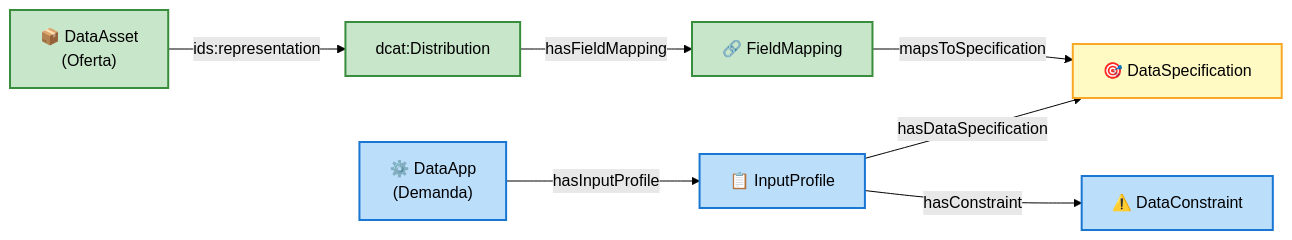
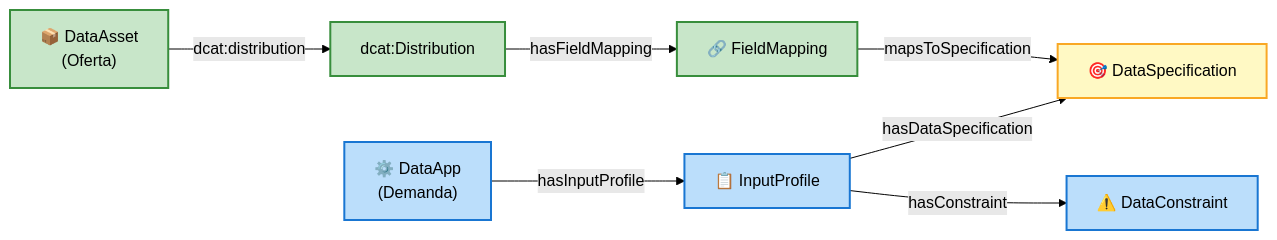
The third of 4 diagrams in docs/ONTOLOGY_OVERVIEW_DIAGRAM_ES.md (KhaosResearch/EDAAnOWL), drawn with Mermaid (forest theme) before and after one commit. The commit also changed other lines of this file and 8 other files, not shown here.

````diff
--- a/docs/ONTOLOGY_OVERVIEW_DIAGRAM_ES.md
+++ b/docs/ONTOLOGY_OVERVIEW_DIAGRAM_ES.md
@@ -78,27 +78,27 @@
 ```mermaid
 flowchart LR
     classDef supply fill:#c8e6c9,stroke:#388e3c,stroke-width:2px
     classDef demand fill:#bbdefb,stroke:#1976d2,stroke-width:2px
     classDef bridge fill:#fff9c4,stroke:#f9a825,stroke-width:2px
 
     Asset["📦 DataAsset<br/>(Oferta)"]
     Dist["dcat:Distribution"]
     Mapping["🔗 FieldMapping"]
     Spec["🎯 DataSpecification"]
     
     App["⚙️ DataApp<br/>(Demanda)"]
     InProf["📋 InputProfile"]
     Cons["⚠️ DataConstraint"]
 
-    Asset -- "ids:representation" --> Dist
+    Asset -- "dcat:distribution" --> Dist
     Dist -- "hasFieldMapping" --> Mapping
     Mapping -- "mapsToSpecification" --> Spec
     
     App -- "hasInputProfile" --> InProf
     InProf -- "hasDataSpecification" --> Spec
     InProf -- "hasConstraint" --> Cons
 
     class Asset,Dist,Mapping supply
     class App,InProf,Cons demand
     class Spec bridge
 ```
````
